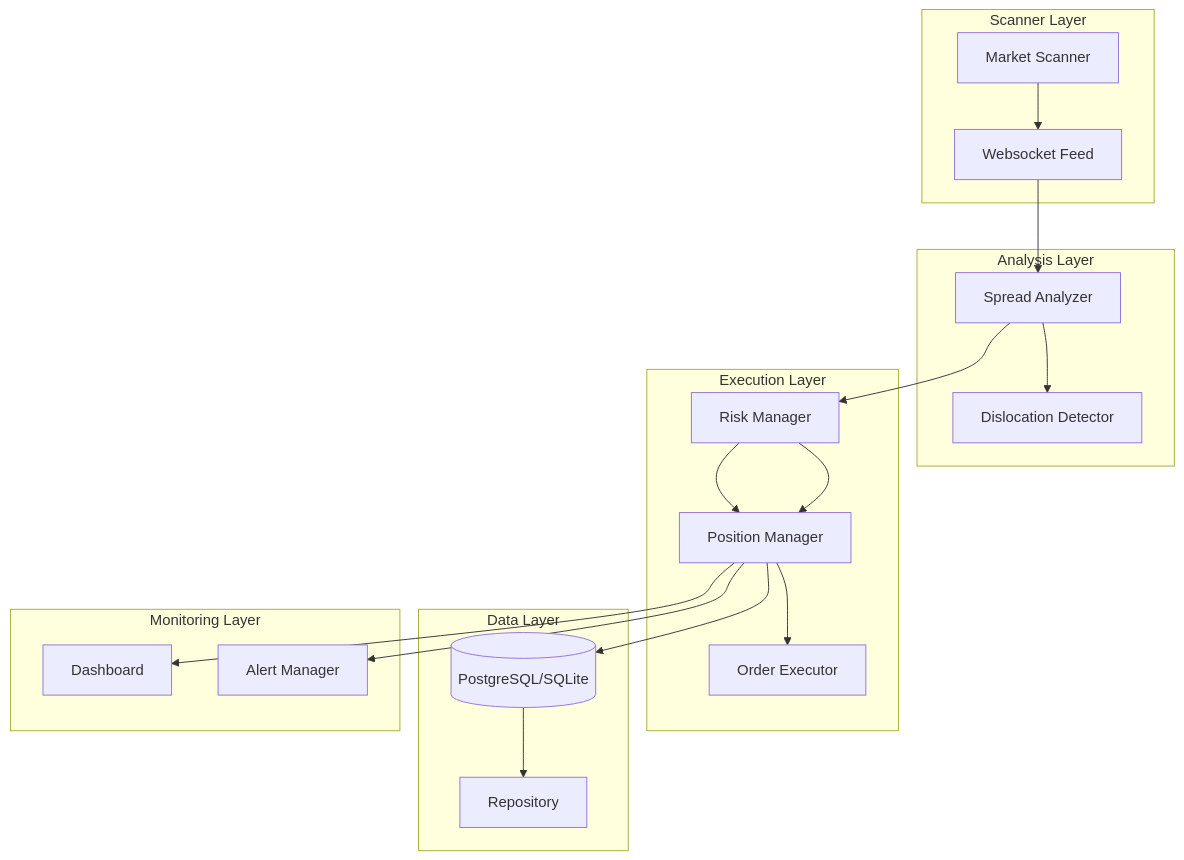
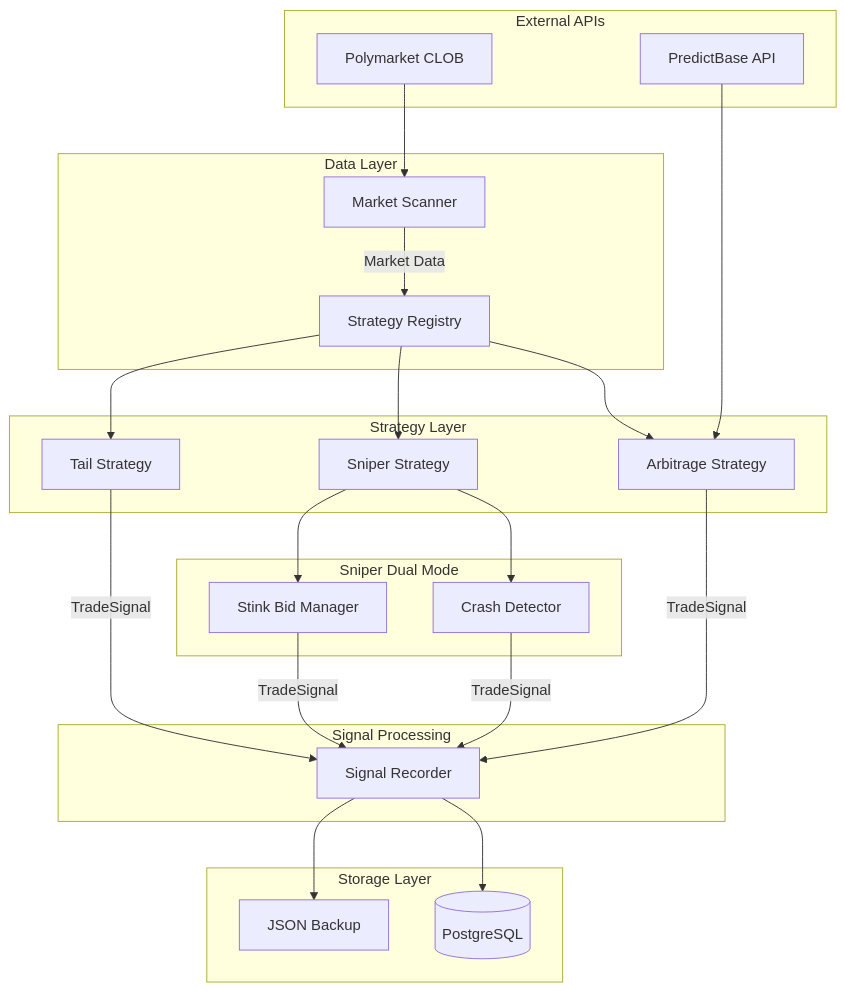
Before and after one commit to amaliogomezlopez/POLYBOT: the diagram in docs/architecture.md, drawn with Mermaid. The commit also changed other lines of this file and 3 other files, not shown here.

First line of the commit message:
feat(sniper): add Stink Bid mode for proactive liquidity traps

````diff
--- a/docs/architecture.md
+++ b/docs/architecture.md
@@ -7,31 +7,34 @@
 ```mermaid
 graph TD
-    subgraph Scanner Layer
-        MS[Market Scanner] --> WF[Websocket Feed]
+    subgraph Data Layer
+        MS[Market Scanner] --> |Market Data| SR[Strategy Registry]
     end
     
-    subgraph Analysis Layer
-        SA[Spread Analyzer] --> DD[Dislocation Detector]
+    subgraph Strategy Layer
+        SR --> ARB[Arbitrage Strategy]
+        SR --> SNI[Sniper Strategy]
+        SR --> TAIL[Tail Strategy]
     end
     
-    subgraph Execution Layer
-        RM[Risk Manager] --> PM[Position Manager]
-        PM --> OE[Order Executor]
+    subgraph Sniper Dual Mode
+        SNI --> CRASH[Crash Detector]
+        SNI --> STINK[Stink Bid Manager]
     end
     
-    subgraph Data Layer
-        DB[(PostgreSQL/SQLite)] --> REP[Repository]
+    subgraph Signal Processing
+        ARB --> |TradeSignal| REC[Signal Recorder]
+        CRASH --> |TradeSignal| REC
+        STINK --> |TradeSignal| REC
+        TAIL --> |TradeSignal| REC
     end
     
-    subgraph Monitoring Layer
-        DASH[Dashboard]
-        AL[Alert Manager]
+    subgraph Storage Layer
+        REC --> DB[(PostgreSQL)]
+        REC --> JSON[JSON Backup]
     end
     
-    WF --> SA
-    SA --> RM
-    RM --> PM
-    PM --> DB
-    PM --> DASH
-    PM --> AL
+    subgraph External APIs
+        POLY[Polymarket CLOB] --> MS
+        PB[PredictBase API] --> ARB
+    end
 ```
````
